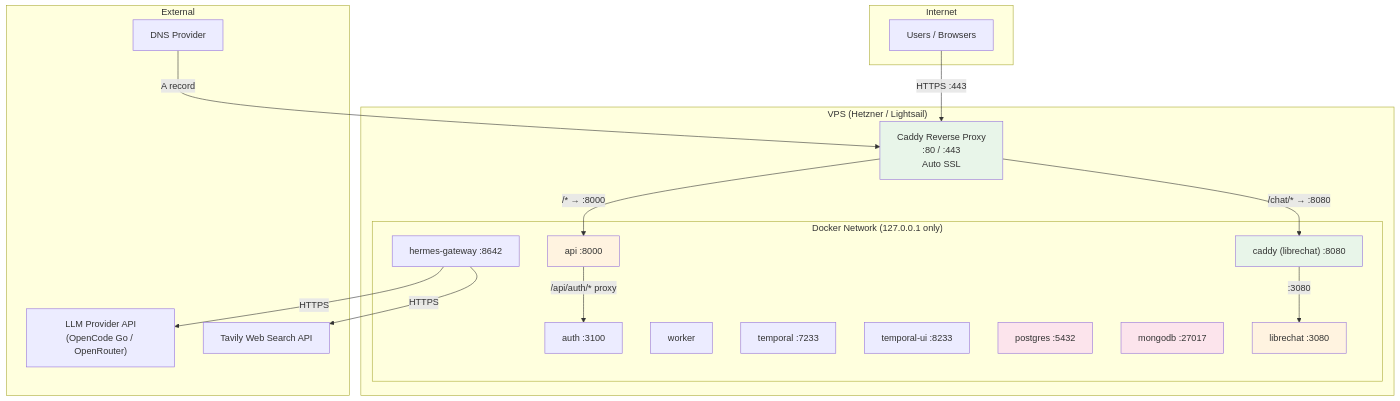
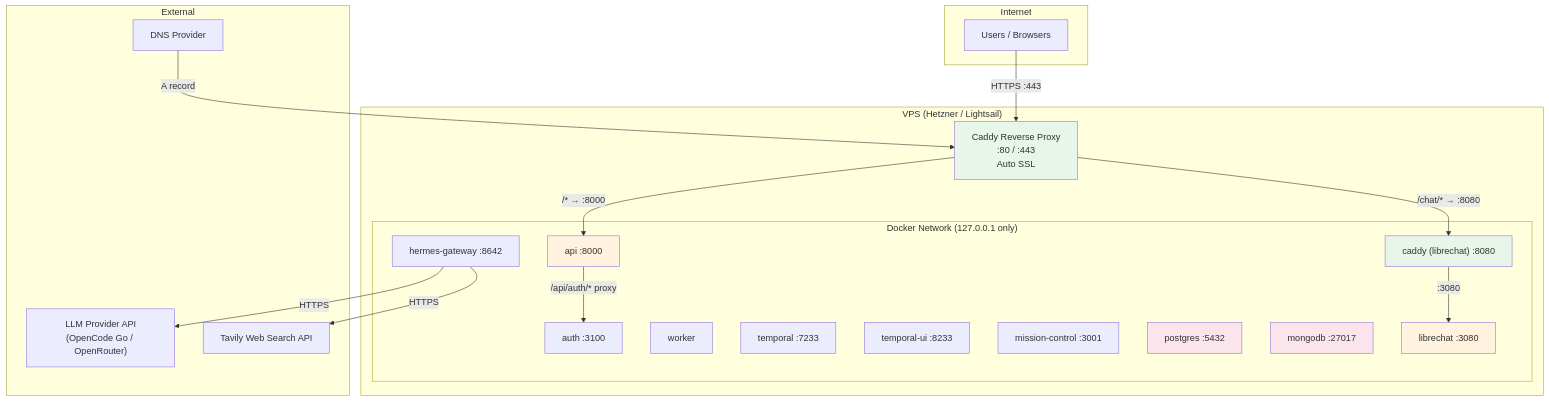
The second of 2 diagrams in docs/DEPLOYMENT.md (fierro-ltd/hermes-agent-solution-template), drawn with Mermaid before and after one commit. The commit also changed other lines of this file and 4 other files, not shown here.

First line of the commit message:
docs: update all docs, README, and frontend for Mission Control (v0.15.0)

````diff
--- a/docs/DEPLOYMENT.md
+++ b/docs/DEPLOYMENT.md
@@ -357,46 +358,47 @@
 ```mermaid
 graph TB
     subgraph "Internet"
         Users["Users / Browsers"]
     end
 
     subgraph "VPS (Hetzner / Lightsail)"
         Caddy["Caddy Reverse Proxy<br/>:80 / :443<br/>Auto SSL"]
 
         subgraph "Docker Network (127.0.0.1 only)"
             API["api :8000"]
             Auth["auth :3100"]
             Worker["worker"]
             Temporal["temporal :7233"]
             TemporalUI["temporal-ui :8233"]
             Hermes["hermes-gateway :8642"]
+            MC["mission-control :3001"]
             Postgres["postgres :5432"]
             MongoDB["mongodb :27017"]
             LC["librechat :3080"]
             InnerCaddy["caddy (librechat) :8080"]
         end
 
         Caddy -->|"/* → :8000"| API
         Caddy -->|"/chat/* → :8080"| InnerCaddy
         InnerCaddy -->|":3080"| LC
         API -->|"/api/auth/* proxy"| Auth
     end
 
     subgraph "External"
         LLM["LLM Provider API<br/>(OpenCode Go / OpenRouter)"]
         Tavily["Tavily Web Search API"]
         DNS["DNS Provider"]
     end
 
     Users -->|"HTTPS :443"| Caddy
     Hermes -->|"HTTPS"| LLM
     Hermes -->|"HTTPS"| Tavily
     DNS -->|"A record"| Caddy
 
     style Caddy fill:#e8f5e9
     style InnerCaddy fill:#e8f5e9
     style API fill:#fff3e0
     style LC fill:#fff3e0
     style Postgres fill:#fce4ec
     style MongoDB fill:#fce4ec
 ```
````
